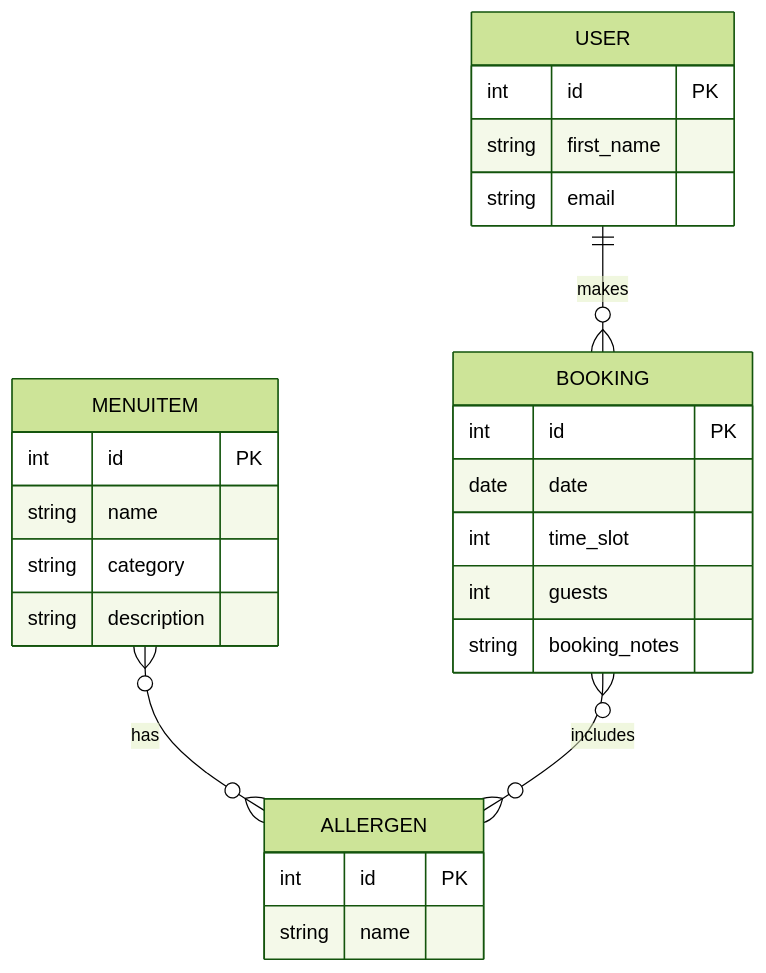
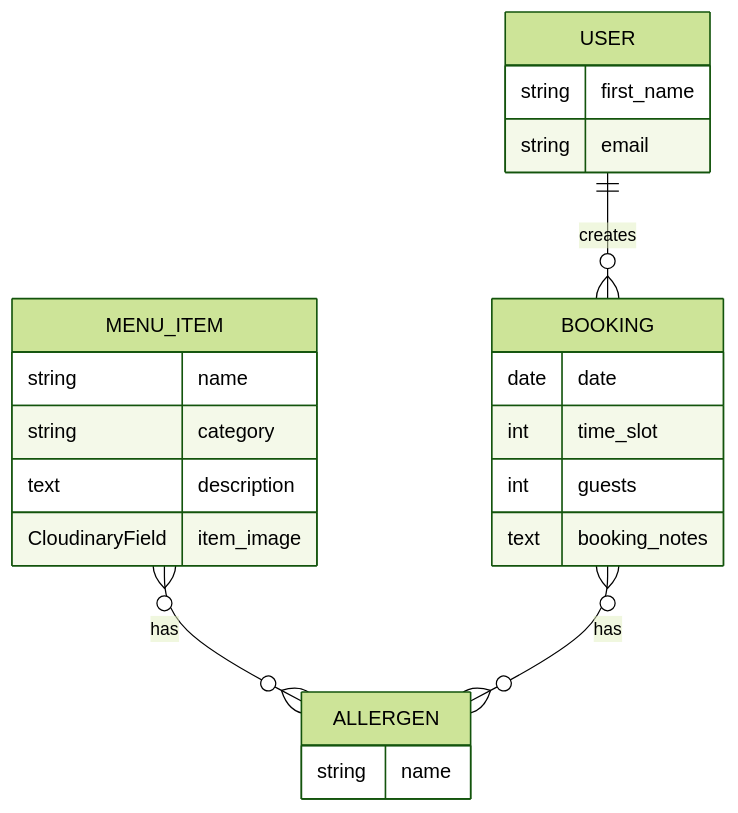
The diagram in README.md (Ash-5p/six-blokes), drawn with Mermaid (forest theme) before and after one commit. The commit also changed other lines of this file and 24 other files, not shown here.

````diff
--- a/README.md
+++ b/README.md
@@ -258,35 +243,27 @@
 ```mermaid
 erDiagram
-    MENUITEM {
-        int id PK
+    MENU_ITEM {
         string name
         string category
-        string description
+        text description
+        CloudinaryField item_image
     }
     ALLERGEN {
-        int id PK
         string name
     }
     BOOKING {
-        int id PK
         date date
         int time_slot
         int guests
-        string booking_notes
+        text booking_notes
     }
     USER {
-        int id PK
         string first_name
         string email
     }
 
     %% Relationships
-    %% A MenuItem can have many Allergens and an Allergen can be associated with many MenuItems
-    MENUITEM }o--o{ ALLERGEN : has
-
-    %% A Booking can have many Allergens (allergies) and an Allergen can be related to many Bookings
-    BOOKING }o--o{ ALLERGEN : includes
-
-    %% A Booking is made by one User, but a User can have many Bookings
-    USER ||--o{ BOOKING : "makes"
+    MENU_ITEM }o--o{ ALLERGEN : "has"
+    BOOKING }o--o{ ALLERGEN : "has"
+    USER ||--o{ BOOKING : "creates"
 ```
````
